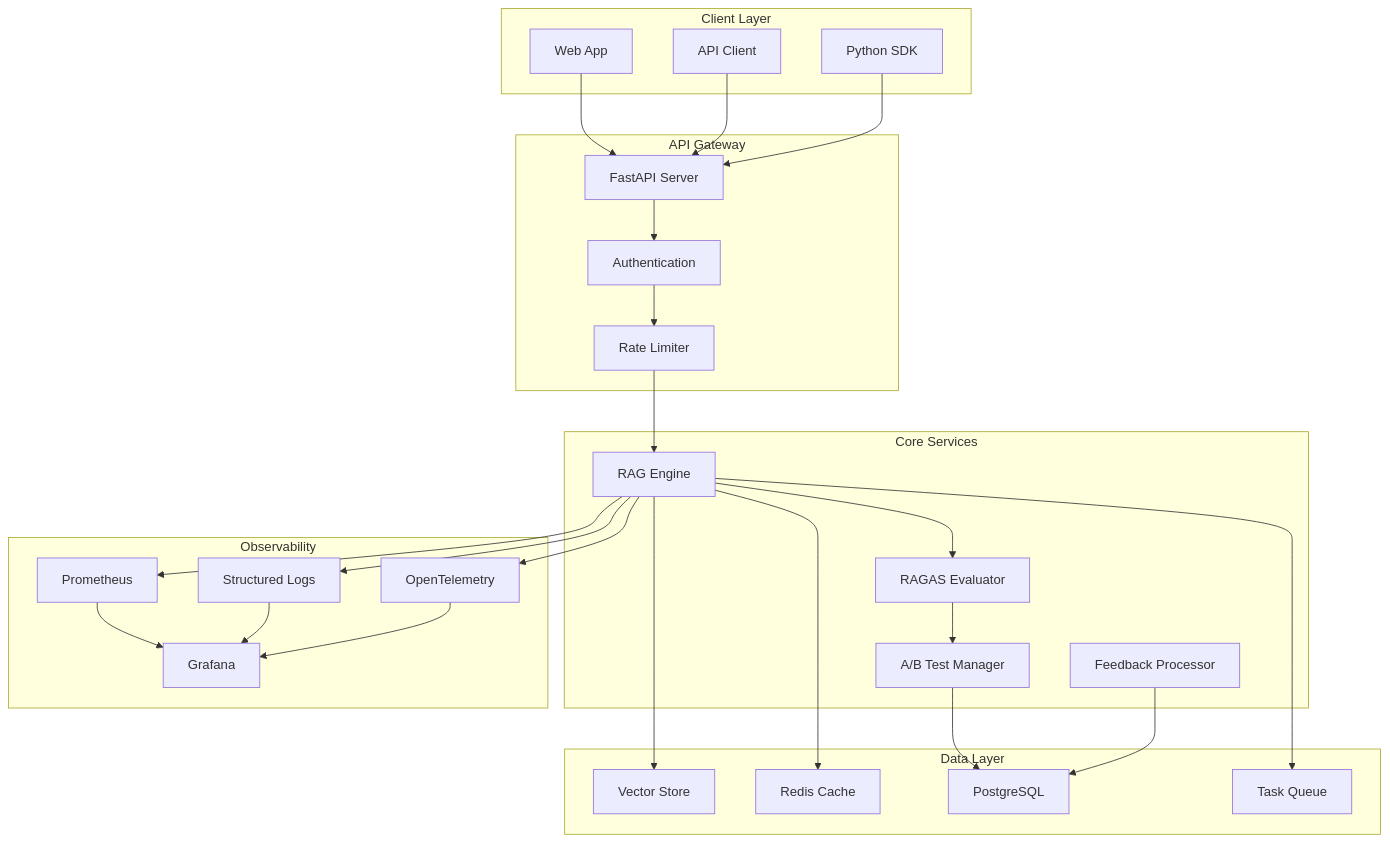
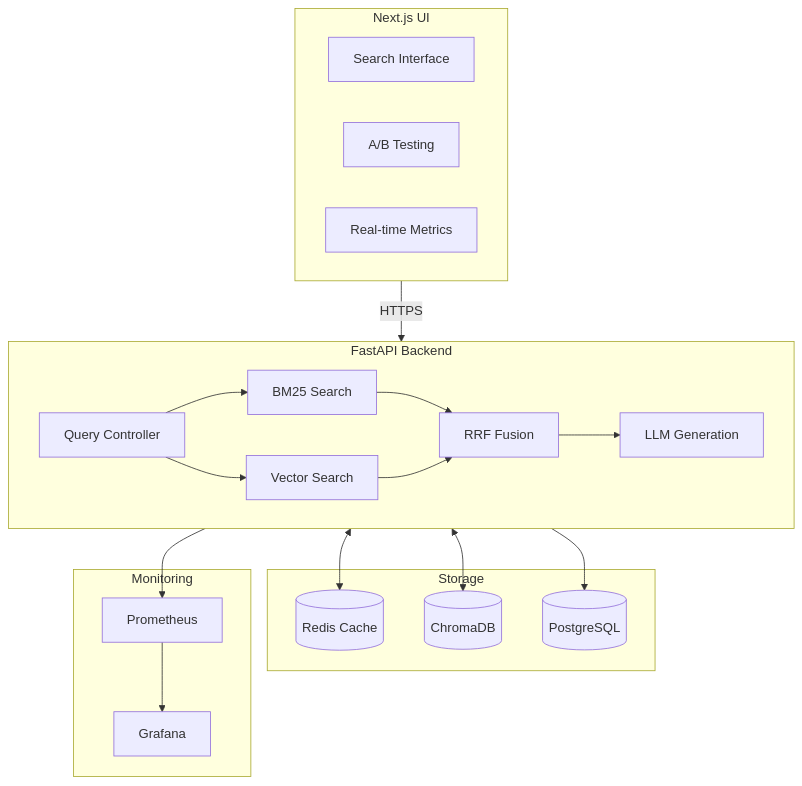
Before and after one commit to cbratkovics/rag-pipeline: the diagram in README.md, drawn with Mermaid. The commit also changed other lines of this file and 12 other files, not shown here.

````diff
--- a/README.md
+++ b/README.md
@@ -179,56 +101,39 @@
 ```mermaid
-graph TB
-    subgraph "Client Layer"
-        Web[Web App]
-        API[API Client]
-        SDK[Python SDK]
+flowchart TB
+    subgraph Frontend [Next.js UI]
+        UI[Search Interface]
+        AB[A/B Testing]
+        Metrics[Real-time Metrics]
     end
 
-    subgraph "API Gateway"
-        FastAPI[FastAPI Server]
-        Auth[Authentication]
-        RateLimit[Rate Limiter]
+    subgraph API [FastAPI Backend]
+        Controller[Query Controller]
+        BM25[BM25 Search]
+        Vector[Vector Search]
+        RRF[RRF Fusion]
+        LLM[LLM Generation]
     end
 
-    subgraph "Core Services"
-        RAG[RAG Engine]
-        Eval[RAGAS Evaluator]
-        AB[A/B Test Manager]
-        Feedback[Feedback Processor]
+    subgraph Storage
+        Redis[(Redis Cache)]
+        Chroma[(ChromaDB)]
+        Postgres[(PostgreSQL)]
     end
 
-    subgraph "Data Layer"
-        Vector[Vector Store]
-        Cache[Redis Cache]
-        DB[PostgreSQL]
-        Queue[Task Queue]
+    subgraph Monitoring
+        Prom[Prometheus]
+        Grafana[Grafana]
     end
 
-    subgraph "Observability"
-        Metrics[Prometheus]
-        Logs[Structured Logs]
-        Traces[OpenTelemetry]
-        Dash[Grafana]
-    end
-
-    Web --> FastAPI
-    API --> FastAPI
-    SDK --> FastAPI
-    FastAPI --> Auth
-    Auth --> RateLimit
-    RateLimit --> RAG
-    RAG --> Vector
-    RAG --> Cache
-    RAG --> Eval
-    Eval --> AB
-    AB --> DB
-    Feedback --> DB
-    RAG --> Queue
-
-    RAG --> Metrics
-    RAG --> Logs
-    RAG --> Traces
-    Metrics --> Dash
-    Logs --> Dash
-    Traces --> Dash
+    Frontend -->|HTTPS| API
+    Controller --> BM25
+    Controller --> Vector
+    BM25 --> RRF
+    Vector --> RRF
+    RRF --> LLM
+    API <--> Redis
+    API <--> Chroma
+    API --> Postgres
+    API --> Prom
+    Prom --> Grafana
 ```
````
